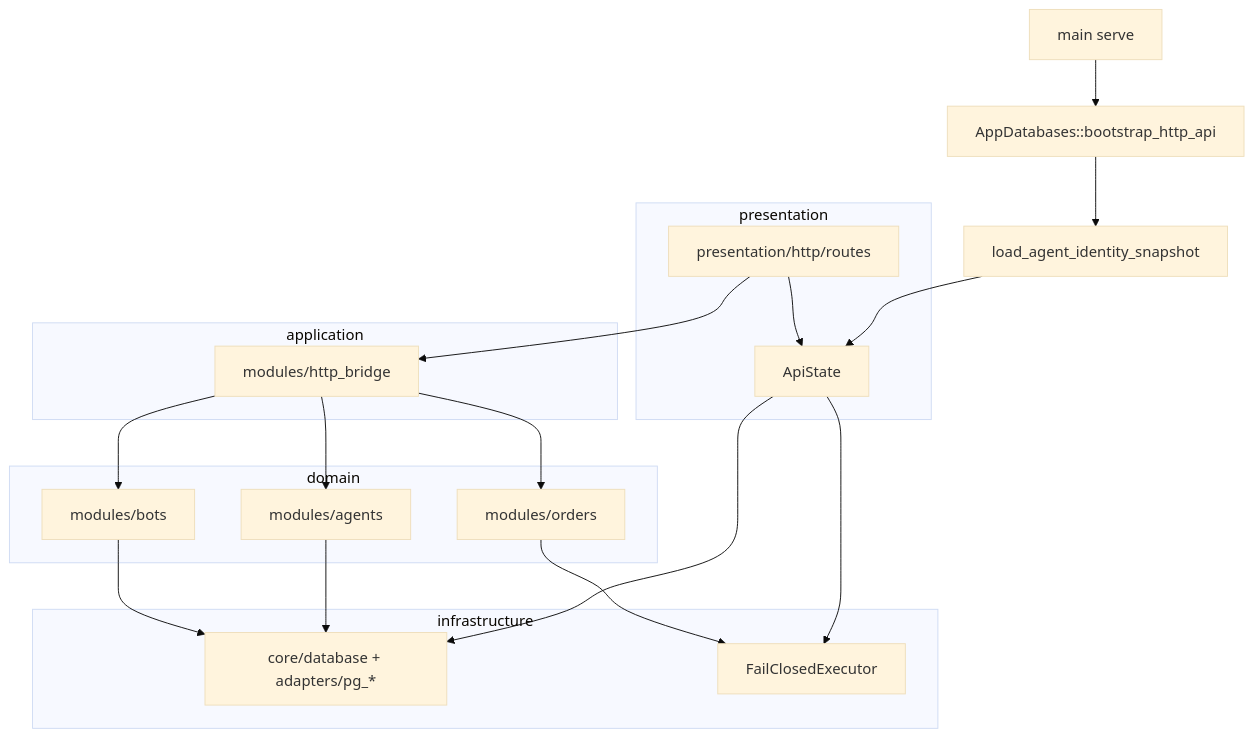
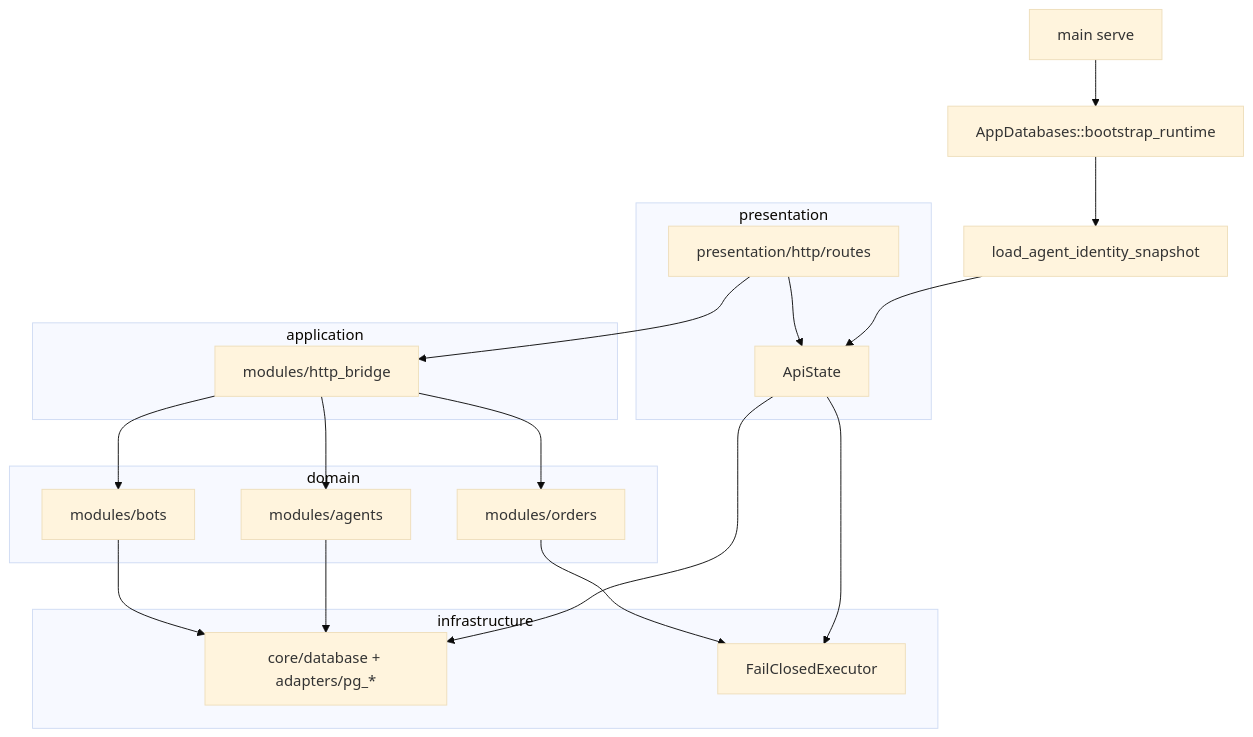
The diagram in backend/docs/architecture/layer-mapping.md (jcafeitosa/bot), drawn with Mermaid (base theme) before and after one commit. The commit also changed other lines of this file and 3 other files, not shown here.

````diff
--- a/backend/docs/architecture/layer-mapping.md
+++ b/backend/docs/architecture/layer-mapping.md
@@ -27,32 +27,32 @@
 ```mermaid
 flowchart TB
   subgraph presentation
     Routes[presentation/http/routes]
     State[ApiState]
   end
   subgraph application
     Bridge[modules/http_bridge]
   end
   subgraph domain
     Agents[modules/agents]
     Bots[modules/bots]
     Orders[modules/orders]
   end
   subgraph infrastructure
     PG[core/database + adapters/pg_*]
     Exec[FailClosedExecutor]
   end
-  Main[main serve] --> Bootstrap[AppDatabases::bootstrap_http_api]
+  Main[main serve] --> Bootstrap[AppDatabases::bootstrap_runtime]
   Bootstrap --> Hydrate[load_agent_identity_snapshot]
   Hydrate --> State
   Routes --> State
   Routes --> Bridge
   Bridge --> Agents
   Bridge --> Bots
   Bridge --> Orders
   State --> PG
   State --> Exec
   Orders --> Exec
   Agents --> PG
   Bots --> PG
 ```
````
